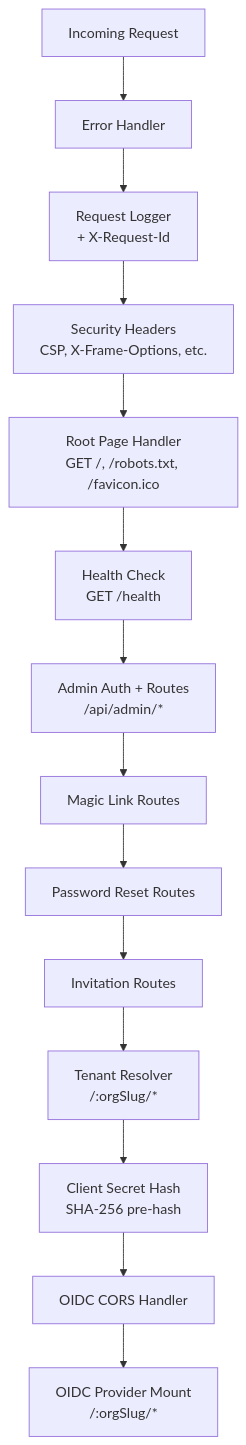
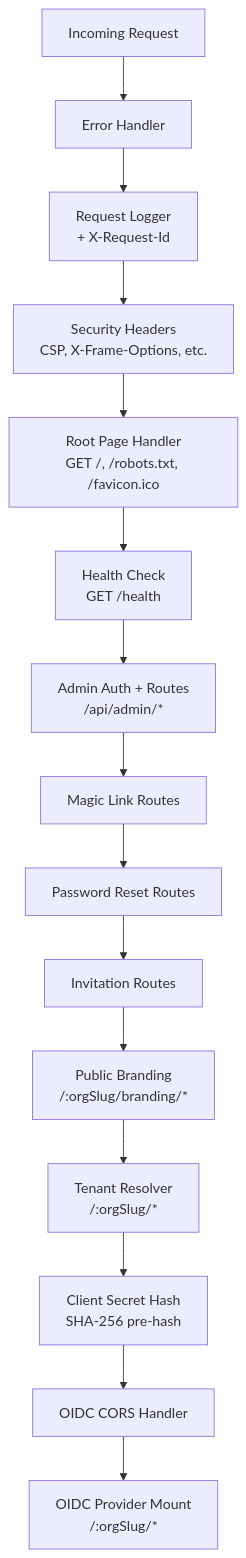
Before and after one commit to blendsdk/porta-identity: the third of 3 diagrams in techdocs/architecture/system-overview.md, drawn with Mermaid. The commit also changed other lines of this file and 2 other files, not shown here.

Commit message:
docs(architecture): document public branding delivery
- describe the anonymous branding asset HTTP surface
- record effective-branding precedence and CSP source propagation
- add the public branding route to the server middleware overview

````diff
--- a/techdocs/architecture/system-overview.md
+++ b/techdocs/architecture/system-overview.md
@@ -175,16 +175,17 @@
 ```mermaid
 graph TB
     REQ[Incoming Request] --> EH[Error Handler]
     EH --> RL[Request Logger<br/>+ X-Request-Id]
     RL --> SH[Security Headers<br/>CSP, X-Frame-Options, etc.]
     SH --> ROOT[Root Page Handler<br/>GET /, /robots.txt, /favicon.ico]
     ROOT --> HEALTH[Health Check<br/>GET /health]
     HEALTH --> ADMIN[Admin Auth + Routes<br/>/api/admin/*]
     ADMIN --> ML[Magic Link Routes]
     ML --> PR[Password Reset Routes]
     PR --> INV[Invitation Routes]
-    INV --> TR[Tenant Resolver<br/>/:orgSlug/*]
+    INV --> BRAND[Public Branding<br/>/:orgSlug/branding/*]
+    BRAND --> TR[Tenant Resolver<br/>/:orgSlug/*]
     TR --> CSH[Client Secret Hash<br/>SHA-256 pre-hash]
     CSH --> CORS[OIDC CORS Handler]
     CORS --> OIDC[OIDC Provider Mount<br/>/:orgSlug/*]
 ```
````
